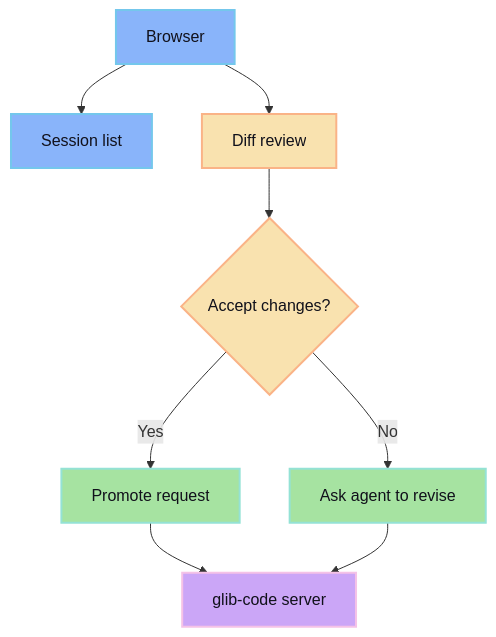
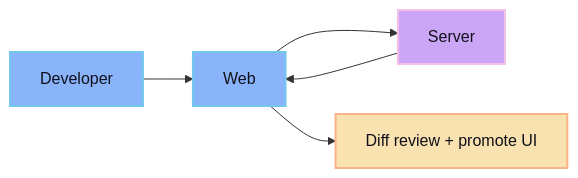
Before and after one commit to cloudboy-jh/glib-code-docs: the diagram in src/content/docs/surfaces/web.md, drawn with Mermaid. The commit also changed other lines of this file and 18 other files, not shown here.

Commit message:
Rebuild docs IA and diagrams

````diff
--- a/src/content/docs/surfaces/web.md
+++ b/src/content/docs/surfaces/web.md
@@ -16,20 +16,16 @@
 ```mermaid
-flowchart TD
-  Browser["Browser"] --> Sessions["Session list"]
-  Browser --> Review["Diff review"]
-  Review --> Decision{"Accept changes?"}
-  Decision -->|Yes| Promote["Promote request"]
-  Decision -->|No| Revise["Ask agent to revise"]
-  Promote --> Server["glib-code server"]
-  Revise --> Server
+flowchart LR
+  User["Developer"] --> Web["Web"]
+  Web --> Server["Server"]
+  Server --> Web
+  Web --> Review["Diff review + promote UI"]
 
   classDef ui fill:#89b4fa,stroke:#74c7ec,color:#11111b,stroke-width:2px
   classDef review fill:#f9e2af,stroke:#fab387,color:#11111b,stroke-width:2px
   classDef server fill:#cba6f7,stroke:#f5c2e7,color:#11111b,stroke-width:2px
   classDef safe fill:#a6e3a1,stroke:#94e2d5,color:#11111b,stroke-width:2px
 
-  class Browser,Sessions ui
-  class Review,Decision review
+  class User,Web ui
+  class Review review
   class Server server
-  class Promote,Revise safe
 ```
````
